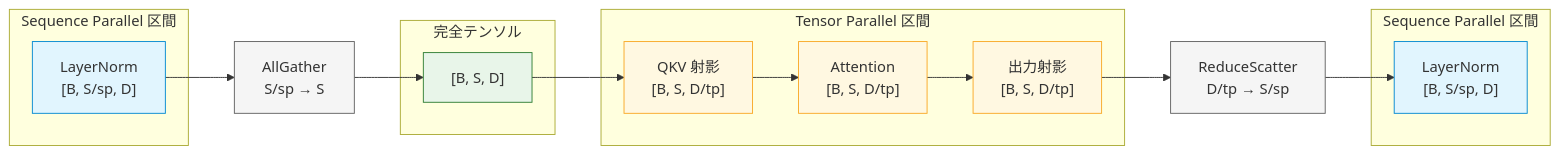
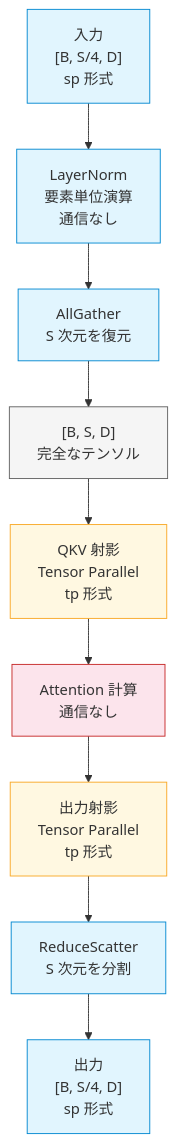
Before and after one commit to littlemex/zenn: the ninth of 19 diagrams in books/ml-distributed-experiment-collection/transformer-distributed-parallelism.md, drawn with Mermaid. The commit also changed other lines of this file, not shown here.

````diff
--- a/books/ml-distributed-experiment-collection/transformer-distributed-parallelism.md
+++ b/books/ml-distributed-experiment-collection/transformer-distributed-parallelism.md
@@ -380,35 +406,26 @@
 ```mermaid
-graph LR
-    subgraph sp_in ["Sequence Parallel 区間"]
-        LN1["LayerNorm<br/>[B, S/sp, D]"]
-    end
+graph TB
+    Input["入力<br/>[B, S/4, D]<br/>sp 形式"] --> LN["LayerNorm<br/>要素単位演算<br/>通信なし"]
 
-    AG1["AllGather<br/>S/sp → S"]
+    LN --> AG1["AllGather<br/>S 次元を復元"]
+    AG1 --> Full1["[B, S, D]<br/>完全なテンソル"]
 
-    subgraph full ["完全テンソル"]
-        Full["[B, S, D]"]
-    end
+    Full1 --> QKV["QKV 射影<br/>Tensor Parallel<br/>tp 形式"]
 
-    subgraph tp_region ["Tensor Parallel 区間"]
-        QKV["QKV 射影<br/>[B, S, D/tp]"]
-        Attn["Attention<br/>[B, S, D/tp]"]
-        Out["出力射影<br/>[B, S, D/tp]"]
-    end
+    QKV --> Attn["Attention 計算<br/>通信なし"]
 
-    RS["ReduceScatter<br/>D/tp → S/sp"]
+    Attn --> OutProj["出力射影<br/>Tensor Parallel<br/>tp 形式"]
 
-    subgraph sp_out ["Sequence Parallel 区間"]
-        LN2["LayerNorm<br/>[B, S/sp, D]"]
-    end
+    OutProj --> RS1["ReduceScatter<br/>S 次元を分割"]
+    RS1 --> Output["出力<br/>[B, S/4, D]<br/>sp 形式"]
 
-    LN1 --> AG1 --> Full --> QKV --> Attn --> Out --> RS --> LN2
-
-    style LN1 fill: #e1f5fe,stroke: #0288d1
-    style LN2 fill: #e1f5fe,stroke: #0288d1
-    style Full fill: #e8f5e9,stroke: #2e7d32
+    style Input fill: #e1f5fe,stroke: #0288d1
+    style LN fill: #e1f5fe,stroke: #0288d1
+    style AG1 fill: #e1f5fe,stroke: #0288d1
+    style Full1 fill: #f5f5f5,stroke: #616161
     style QKV fill: #fff8e1,stroke: #f9a825
-    style Attn fill: #fff8e1,stroke: #f9a825
-    style Out fill: #fff8e1,stroke: #f9a825
-    style AG1 fill: #f5f5f5,stroke: #616161
-    style RS fill: #f5f5f5,stroke: #616161
+    style Attn fill: #fce4ec,stroke: #c62828
+    style OutProj fill: #fff8e1,stroke: #f9a825
+    style RS1 fill: #e1f5fe,stroke: #0288d1
+    style Output fill: #e1f5fe,stroke: #0288d1
 ```
````
